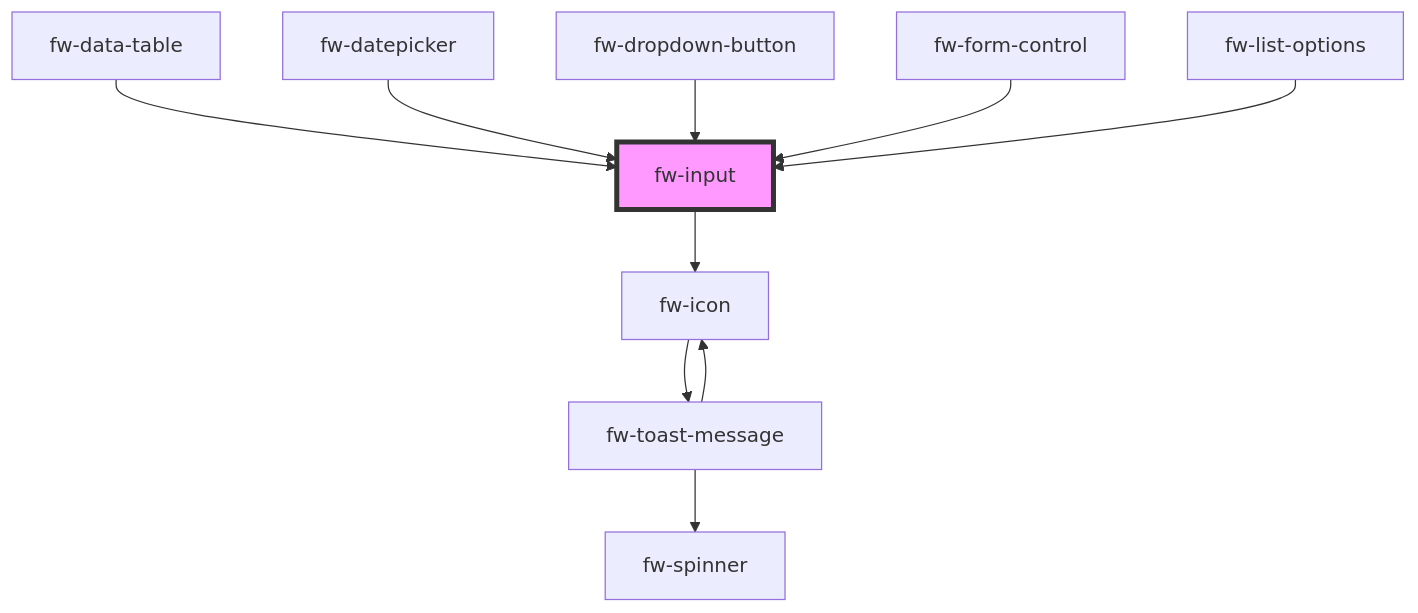
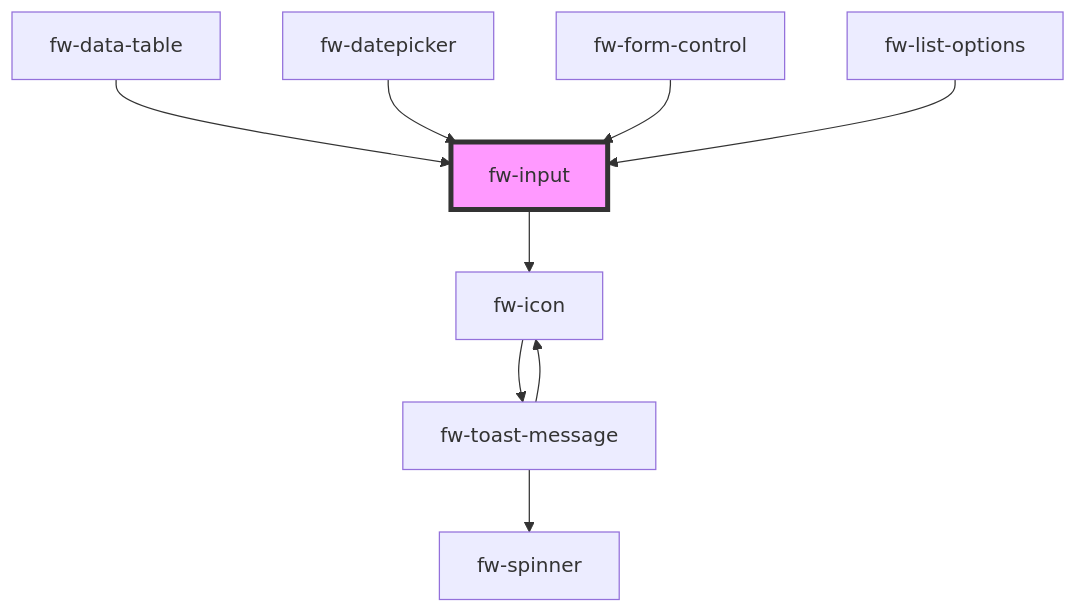
The diagram in packages/crayons-core/src/components/input/readme.md (freshworks/crayons), drawn with Mermaid before and after one commit. The commit also changed other lines of this file and 10 other files, not shown here.

First line of the commit message:
feat(dropdown-button): removed dropdown-button and added example in popover

````diff
--- a/packages/crayons-core/src/components/input/readme.md
+++ b/packages/crayons-core/src/components/input/readme.md
@@ -326,13 +325,12 @@
 ```mermaid
 graph TD;
   fw-input --> fw-icon
   fw-icon --> fw-toast-message
   fw-toast-message --> fw-spinner
   fw-toast-message --> fw-icon
   fw-data-table --> fw-input
   fw-datepicker --> fw-input
-  fw-dropdown-button --> fw-input
   fw-form-control --> fw-input
   fw-list-options --> fw-input
   style fw-input fill:#f9f,stroke:#333,stroke-width:4px
 ```
````
